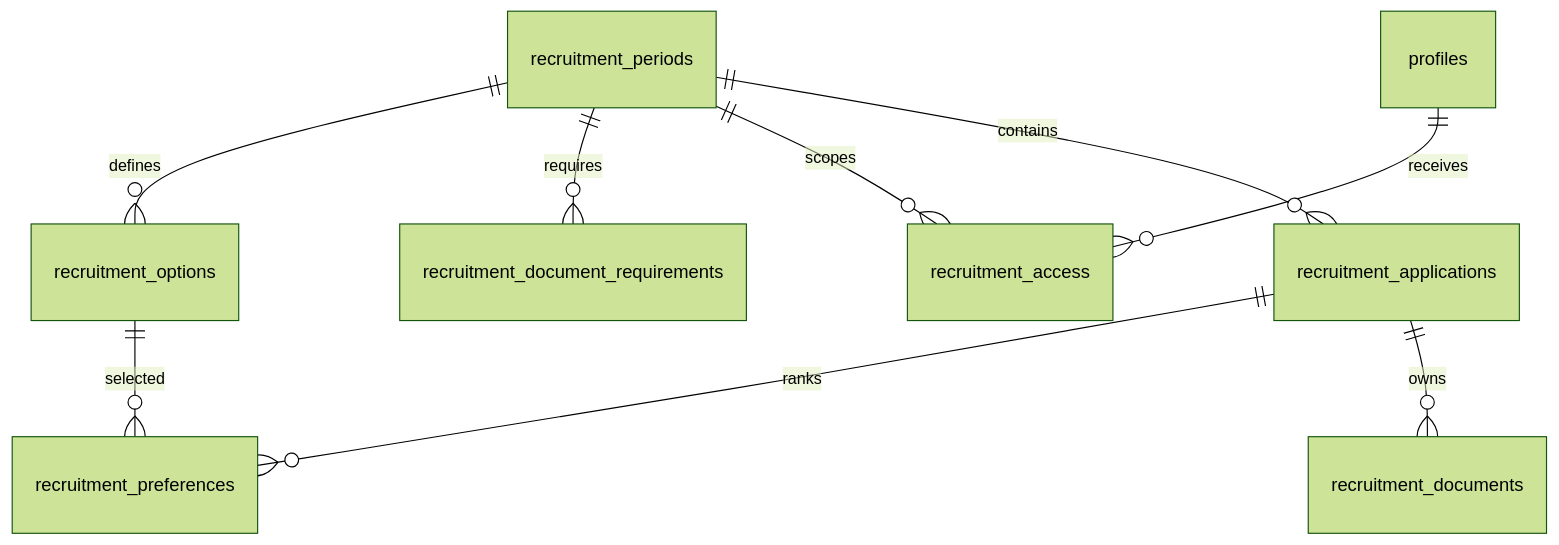
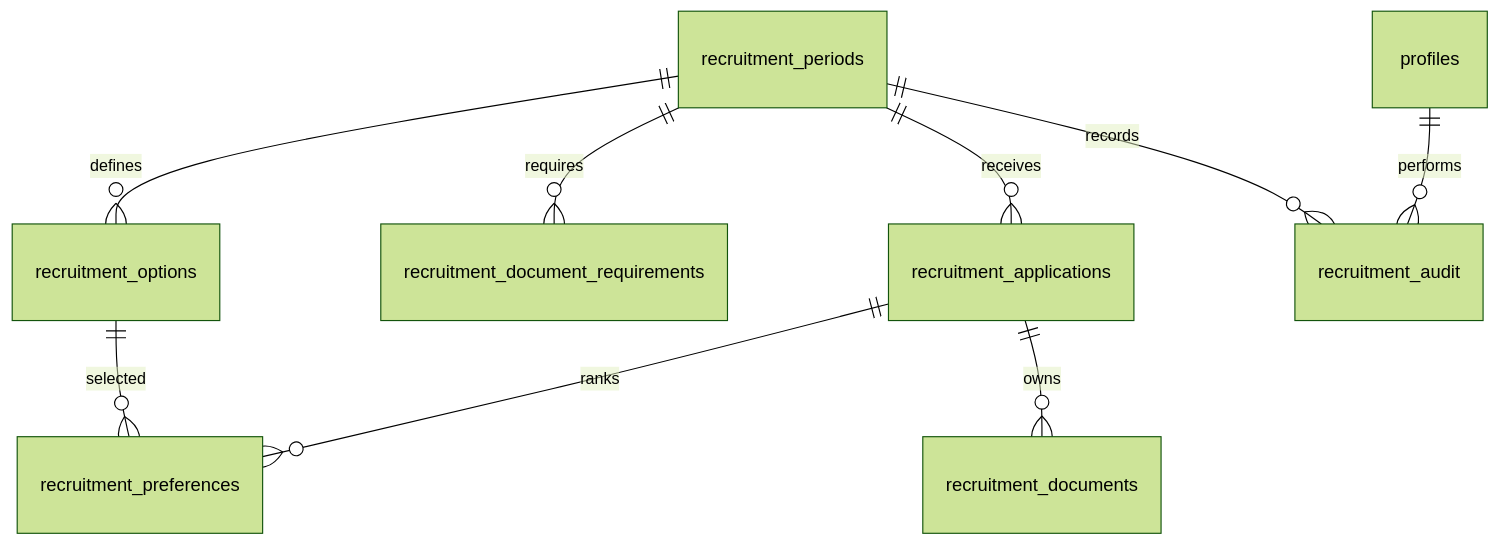
Before and after one commit to AdityaZulkarnaen/Society-of-Petroleum-Engineers-UGM-Website: the diagram in docs/staging/B2A-recruitment-design.md, drawn with Mermaid (forest theme). The commit also changed other lines of this file and 7 other files, not shown here.

Commit message:
feat(recruitment): align schema with confirmed oprec rules

````diff
--- a/docs/staging/B2A-recruitment-design.md
+++ b/docs/staging/B2A-recruitment-design.md
@@ -25,11 +32,11 @@
 ```mermaid
 erDiagram
     recruitment_periods ||--o{ recruitment_options : defines
     recruitment_periods ||--o{ recruitment_document_requirements : requires
-    recruitment_periods ||--o{ recruitment_access : scopes
-    profiles ||--o{ recruitment_access : receives
-    recruitment_periods ||--o{ recruitment_applications : contains
+    recruitment_periods ||--o{ recruitment_applications : receives
     recruitment_applications ||--o{ recruitment_preferences : ranks
     recruitment_options ||--o{ recruitment_preferences : selected
     recruitment_applications ||--o{ recruitment_documents : owns
+    recruitment_periods ||--o{ recruitment_audit : records
+    profiles ||--o{ recruitment_audit : performs
 ```
````
